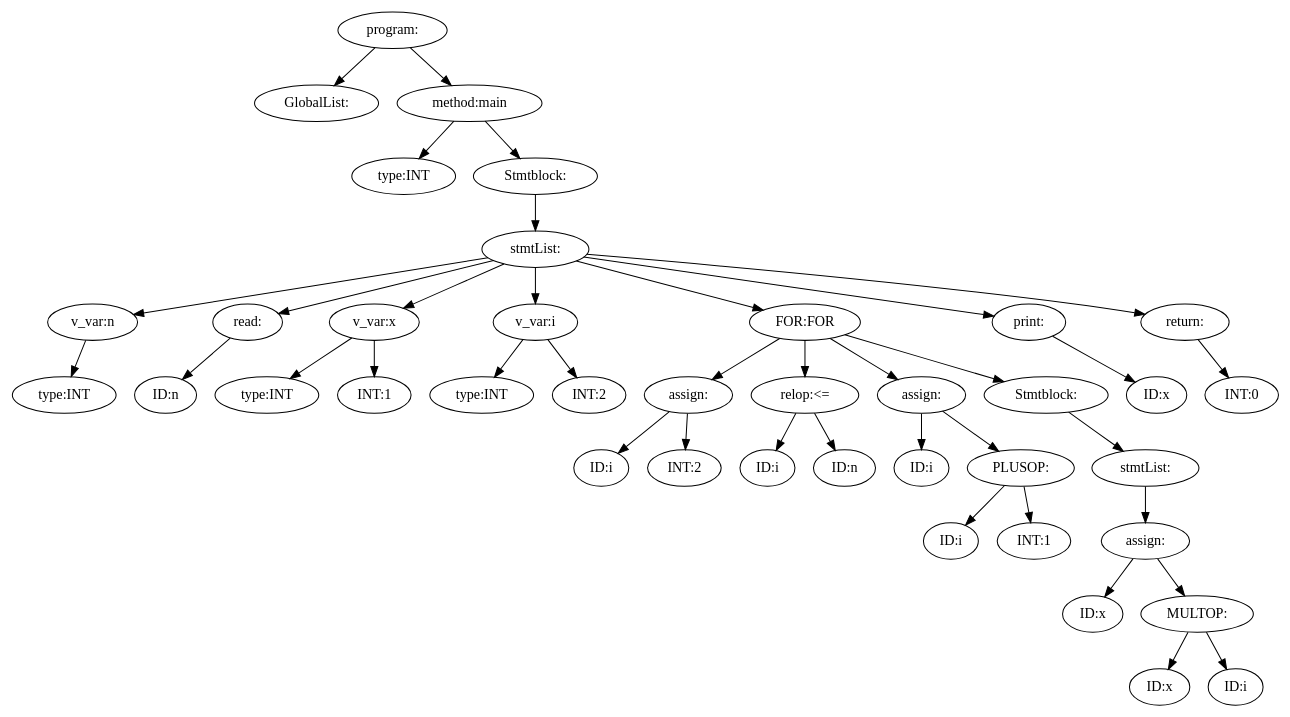
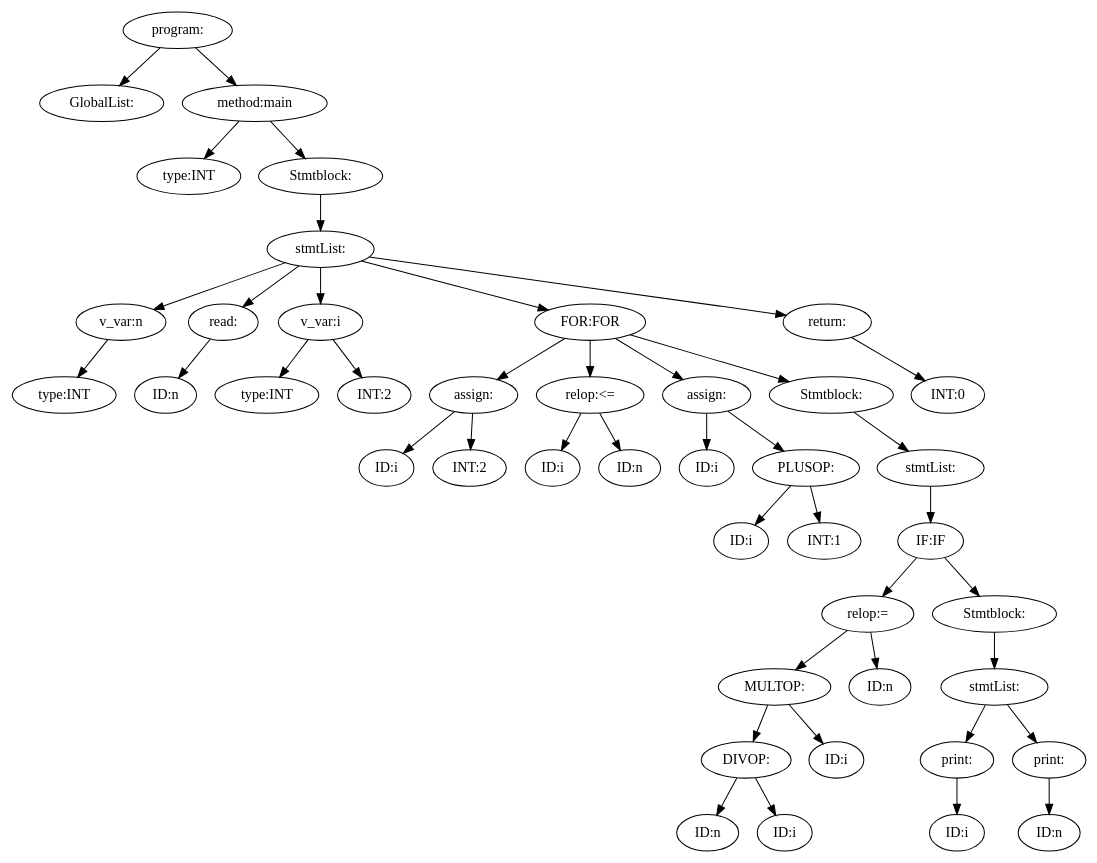
The diagram in tree.dot (Lambda-tron/cpm-compiler), drawn with Graphviz before and after one commit. The commit also changed 4 other files, not shown here.

```diff
--- a/tree.dot
+++ b/tree.dot
@@ -1,79 +1,87 @@
 digraph {
 n0 [label="program:"];
 n1 [label="GlobalList:"];
 n0 -> n1
 n2 [label="method:main"];
 n3 [label="type:INT"];
 n2 -> n3
 n4 [label="Stmtblock:"];
 n5 [label="stmtList:"];
 n6 [label="v_var:n"];
 n7 [label="type:INT"];
 n6 -> n7
 n5 -> n6
 n8 [label="read:"];
 n9 [label="ID:n"];
 n8 -> n9
 n5 -> n8
-n10 [label="v_var:x"];
+n10 [label="v_var:i"];
 n11 [label="type:INT"];
 n10 -> n11
-n12 [label="INT:1"];
+n12 [label="INT:2"];
 n10 -> n12
 n5 -> n10
-n13 [label="v_var:i"];
-n14 [label="type:INT"];
+n13 [label="FOR:FOR"];
+n14 [label="assign:"];
+n15 [label="ID:i"];
+n14 -> n15
+n16 [label="INT:2"];
+n14 -> n16
 n13 -> n14
-n15 [label="INT:2"];
-n13 -> n15
-n5 -> n13
-n16 [label="FOR:FOR"];
-n17 [label="assign:"];
+n17 [label="relop:<="];
 n18 [label="ID:i"];
 n17 -> n18
-n19 [label="INT:2"];
+n19 [label="ID:n"];
 n17 -> n19
-n16 -> n17
-n20 [label="relop:<="];
+n13 -> n17
+n20 [label="assign:"];
 n21 [label="ID:i"];
 n20 -> n21
-n22 [label="ID:n"];
+n22 [label="PLUSOP:"];
+n23 [label="ID:i"];
+n22 -> n23
+n24 [label="INT:1"];
+n22 -> n24
 n20 -> n22
-n16 -> n20
-n23 [label="assign:"];
-n24 [label="ID:i"];
-n23 -> n24
-n25 [label="PLUSOP:"];
-n26 [label="ID:i"];
-n25 -> n26
-n27 [label="INT:1"];
-n25 -> n27
-n23 -> n25
-n16 -> n23
-n28 [label="Stmtblock:"];
-n29 [label="stmtList:"];
-n30 [label="assign:"];
-n31 [label="ID:x"];
+n13 -> n20
+n25 [label="Stmtblock:"];
+n26 [label="stmtList:"];
+n27 [label="IF:IF"];
+n28 [label="relop:="];
+n29 [label="MULTOP:"];
+n30 [label="DIVOP:"];
+n31 [label="ID:n"];
 n30 -> n31
-n32 [label="MULTOP:"];
-n33 [label="ID:x"];
-n32 -> n33
-n34 [label="ID:i"];
-n32 -> n34
+n32 [label="ID:i"];
 n30 -> n32
 n29 -> n30
+n33 [label="ID:i"];
+n29 -> n33
 n28 -> n29
-n16 -> n28
-n5 -> n16
-n35 [label="print:"];
-n36 [label="ID:x"];
+n34 [label="ID:n"];
+n28 -> n34
+n27 -> n28
+n35 [label="Stmtblock:"];
+n36 [label="stmtList:"];
+n37 [label="print:"];
+n38 [label="ID:i"];
+n37 -> n38
+n36 -> n37
+n39 [label="print:"];
+n40 [label="ID:n"];
+n39 -> n40
+n36 -> n39
 n35 -> n36
-n5 -> n35
-n37 [label="return:"];
-n38 [label="INT:0"];
-n37 -> n38
-n5 -> n37
+n27 -> n35
+n26 -> n27
+n25 -> n26
+n13 -> n25
+n5 -> n13
+n41 [label="return:"];
+n42 [label="INT:0"];
+n41 -> n42
+n5 -> n41
 n4 -> n5
 n2 -> n4
 n0 -> n2
 }
```
